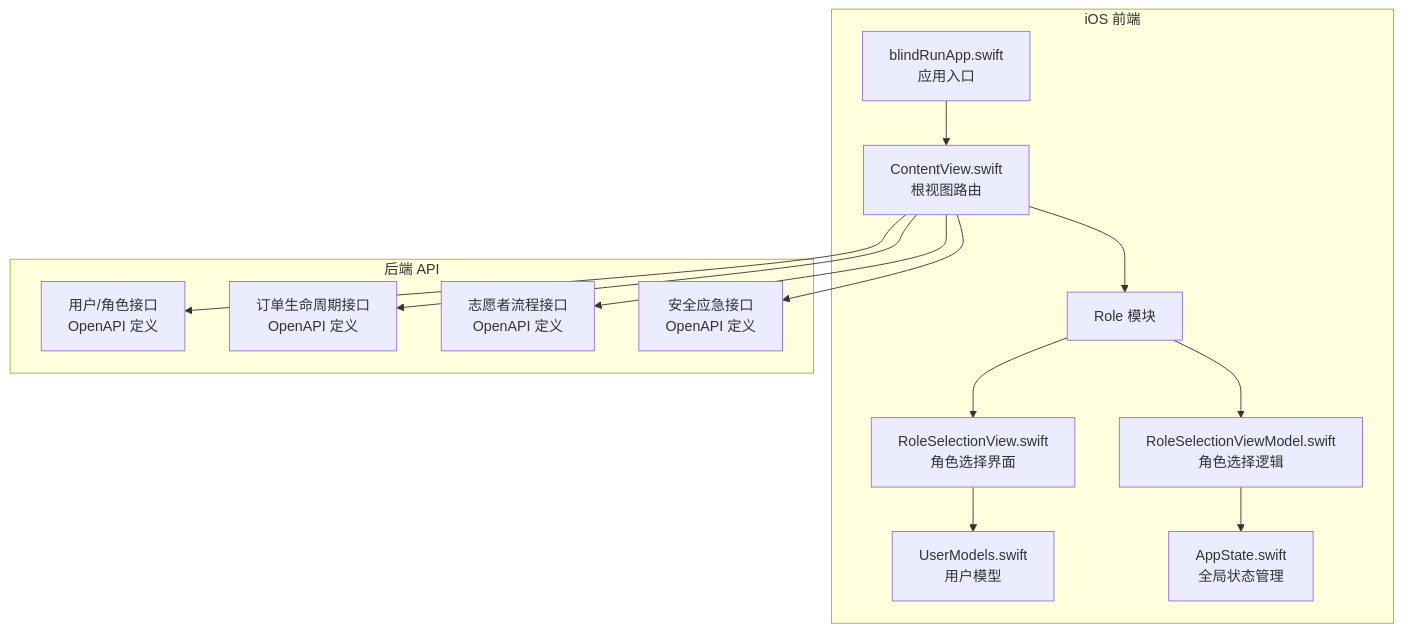
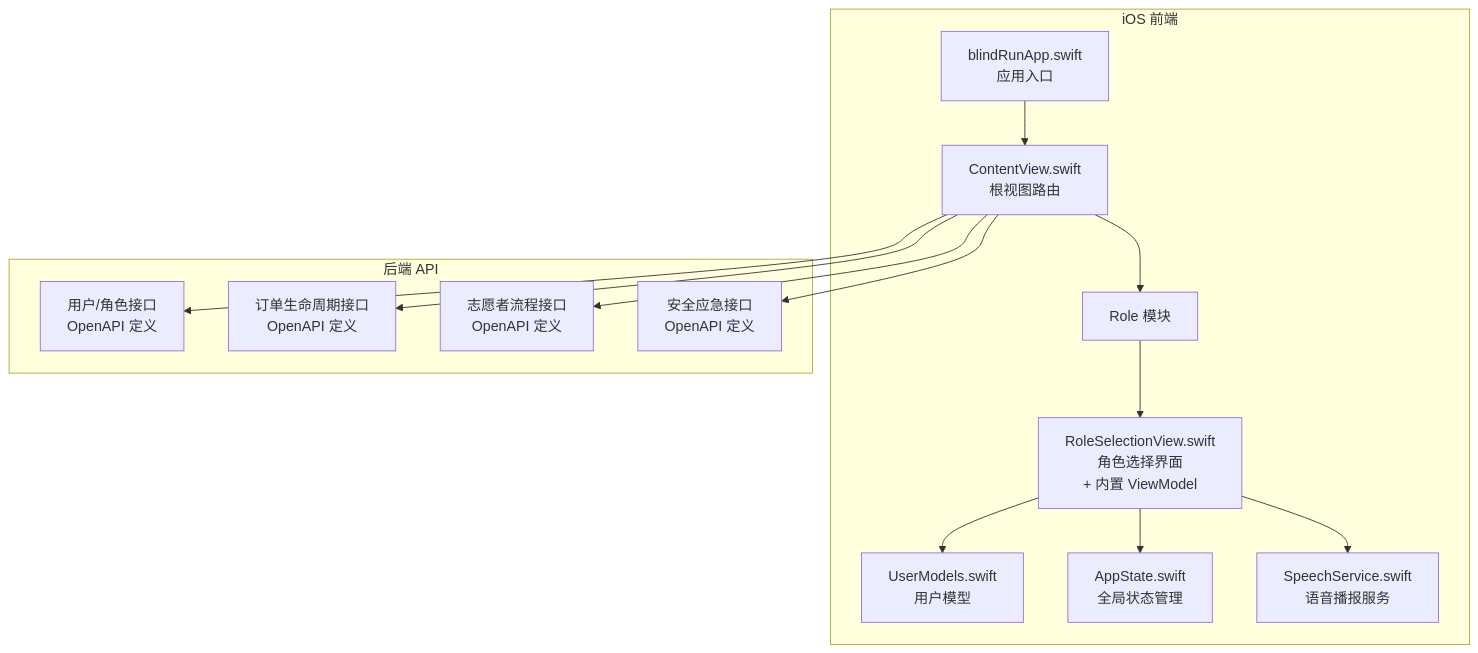
One commit to Jayden23018/blind-run-ios changed the first of 6 diagrams in .qoder/repowiki/zh/content/架构设计/模块化架构设计/Role 角色模块.md. Above: the diagram before and after it, drawn with Mermaid. The commit also changed other lines of this file and 24 other files, not shown here.

````diff
--- a/.qoder/repowiki/zh/content/架构设计/模块化架构设计/Role 角色模块.md
+++ b/.qoder/repowiki/zh/content/架构设计/模块化架构设计/Role 角色模块.md
@@ -50,28 +52,28 @@
 ```mermaid
 graph TB
 subgraph "iOS 前端"
 A["blindRunApp.swift<br/>应用入口"]
 B["ContentView.swift<br/>根视图路由"]
 C["Role 模块"]
-D["RoleSelectionView.swift<br/>角色选择界面"]
-E["RoleSelectionViewModel.swift<br/>角色选择逻辑"]
-F["UserModels.swift<br/>用户模型"]
-G["AppState.swift<br/>全局状态管理"]
+D["RoleSelectionView.swift<br/>角色选择界面<br/>+ 内置 ViewModel"]
+E["UserModels.swift<br/>用户模型"]
+F["AppState.swift<br/>全局状态管理"]
+G["SpeechService.swift<br/>语音播报服务"]
 end
 subgraph "后端 API"
 H["用户/角色接口<br/>OpenAPI 定义"]
 I["订单生命周期接口<br/>OpenAPI 定义"]
 J["志愿者流程接口<br/>OpenAPI 定义"]
 K["安全应急接口<br/>OpenAPI 定义"]
 end
 A --> B
 B --> C
 C --> D
-C --> E
+D --> E
 D --> F
-E --> G
+D --> G
 B --> H
 B --> I
 B --> J
 B --> K
 ```
````
